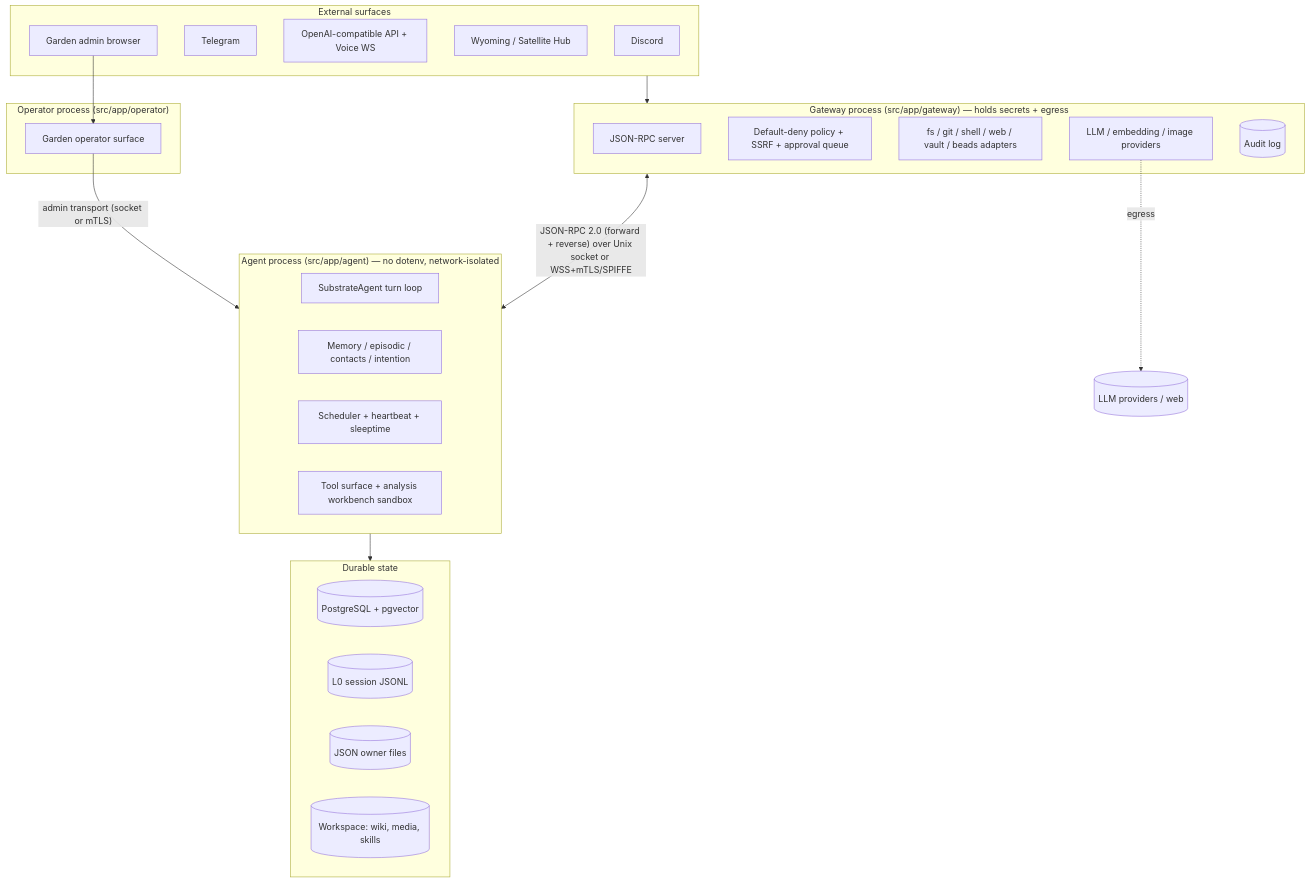
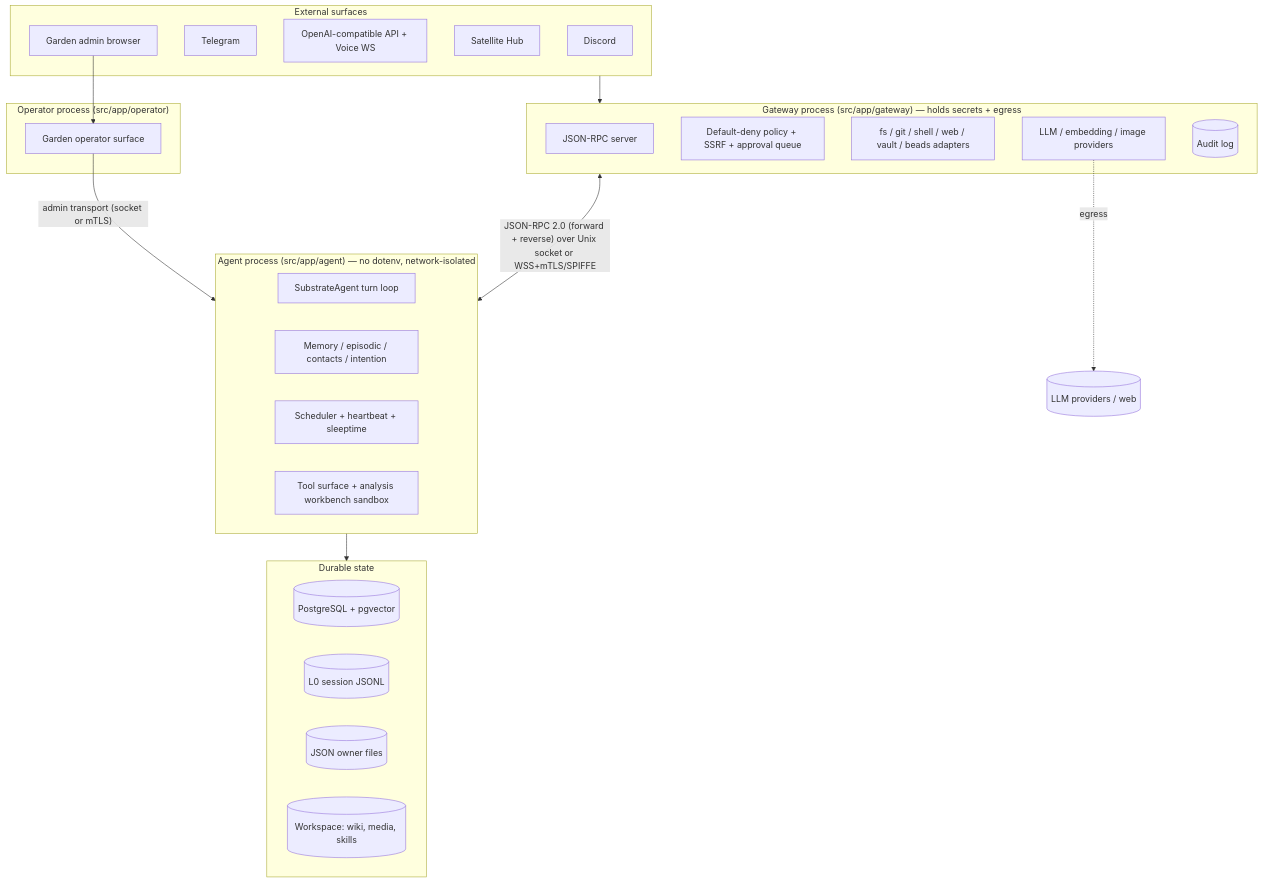
The first of 3 diagrams in docs/CODEBASE_MAP.md (CGIC-AI/psfn-framework), drawn with Mermaid before and after one commit. The commit also changed other lines of this file and 62 other files, not shown here.

````diff
--- a/docs/CODEBASE_MAP.md
+++ b/docs/CODEBASE_MAP.md
@@ -24,39 +24,39 @@
 ```mermaid
 graph TB
     subgraph Edge["External surfaces"]
         Discord[Discord]
         Telegram[Telegram]
         API[OpenAI-compatible API + Voice WS]
-        Wyoming[Wyoming / Satellite Hub]
+        Wyoming[Satellite Hub]
         Browser[Garden admin browser]
     end
     subgraph Gateway["Gateway process (src/app/gateway) — holds secrets + egress"]
         GWRPC[JSON-RPC server]
         Policy[Default-deny policy + SSRF + approval queue]
         Adapters[fs / git / shell / web / vault / beads adapters]
         Providers[LLM / embedding / image providers]
         Audit[(Audit log)]
     end
     subgraph Agent["Agent process (src/app/agent) — no dotenv, network-isolated"]
         Loop[SubstrateAgent turn loop]
         Memory[Memory / episodic / contacts / intention]
         Sched[Scheduler + heartbeat + sleeptime]
         Tools[Tool surface + analysis workbench sandbox]
     end
     subgraph Operator["Operator process (src/app/operator)"]
         Garden[Garden operator surface]
     end
     subgraph Data["Durable state"]
         PG[(PostgreSQL + pgvector)]
         JSONL[(L0 session JSONL)]
         Owner[(JSON owner files)]
         WS[(Workspace: wiki, media, skills)]
     end
 
     Edge --> Gateway
     Gateway <-->|"JSON-RPC 2.0 (forward + reverse) over Unix socket or WSS+mTLS/SPIFFE"| Agent
     Agent --> Data
     Garden -->|"admin transport (socket or mTLS)"| Agent
     Browser --> Garden
     Providers -.egress.-> Internet[(LLM providers / web)]
 ```
````
